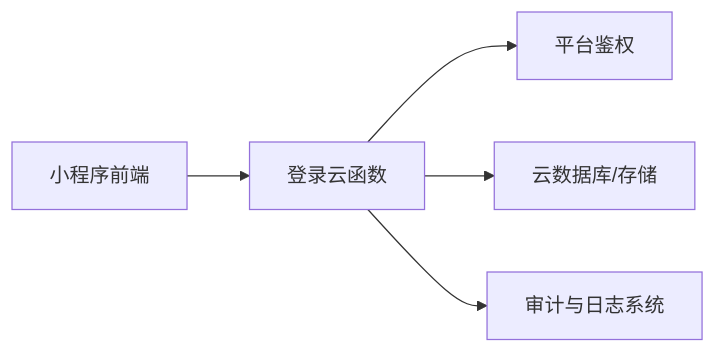
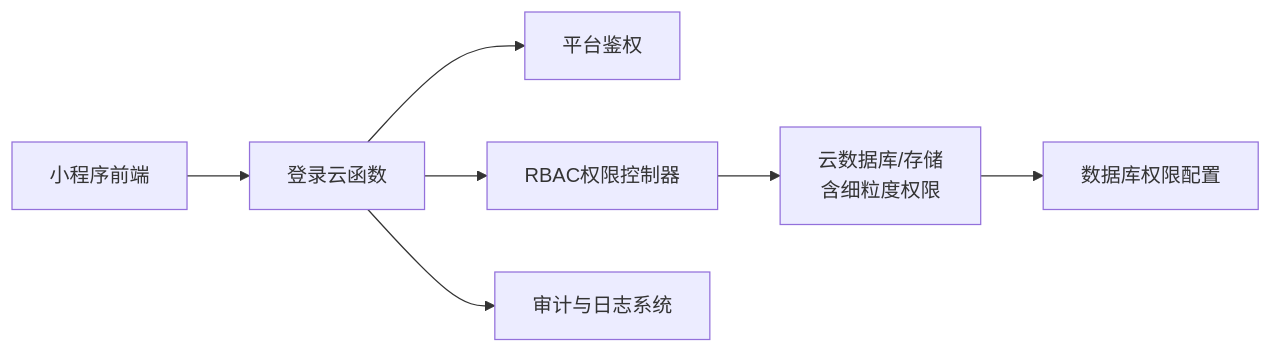
One commit to cwb7756/bio changed the sixth of 6 diagrams in .qoder/repowiki/zh/content/架构设计/安全架构设计.md. Above: the diagram before and after it, drawn with Mermaid. The commit also changed other lines of this file and 14 other files, not shown here.

First line of the commit message:
feat(knowledgeMap): 增强知识图谱功能，新增种子数据生成器

````diff
--- a/.qoder/repowiki/zh/content/架构设计/安全架构设计.md
+++ b/.qoder/repowiki/zh/content/架构设计/安全架构设计.md
@@ -207,7 +302,9 @@
 ```mermaid
 graph LR
 MP["小程序前端"] --> CF["登录云函数"]
 CF --> AUTH["平台鉴权"]
-CF --> DB["云数据库/存储"]
+CF --> RBAC["RBAC权限控制器"]
+RBAC --> DB["云数据库/存储<br/>含细粒度权限"]
+DB --> DBConfig["数据库权限配置"]
 CF --> AUDIT["审计与日志系统"]
 ```
````
